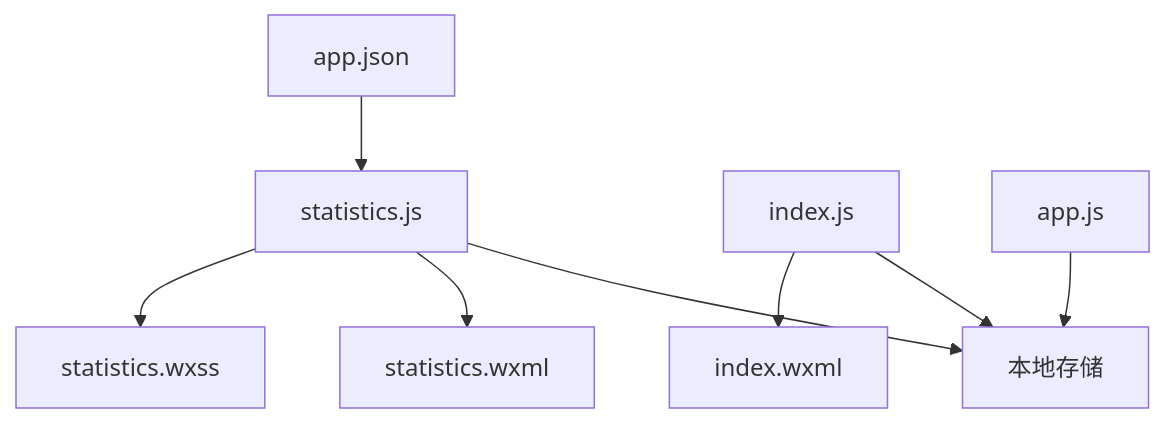
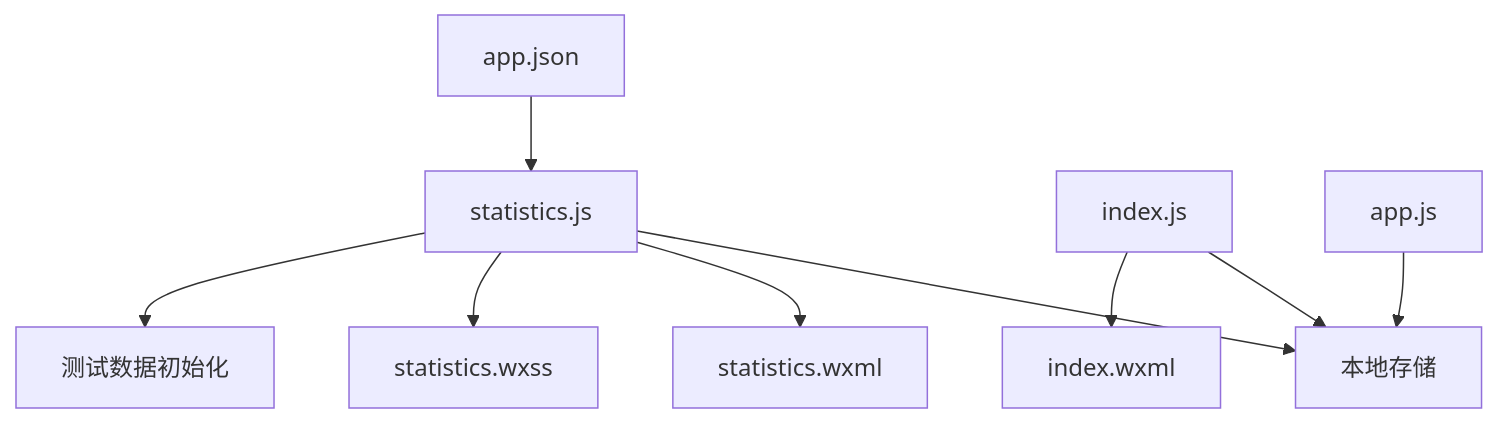
The seventh of 7 diagrams in .qoder/repowiki/zh/content/页面组件详解/统计页面.md (shisfish/miaobill), drawn with Mermaid before and after one commit. The commit also changed other lines of this file and 18 other files, not shown here.

````diff
--- a/.qoder/repowiki/zh/content/页面组件详解/统计页面.md
+++ b/.qoder/repowiki/zh/content/页面组件详解/统计页面.md
@@ -285,10 +380,11 @@
 ```mermaid
 graph TB
 STATJS["statistics.js"] --> LS["本地存储"]
 STATJS --> WXML["statistics.wxml"]
 STATJS --> WXSS["statistics.wxss"]
+STATJS --> TESTDATA["测试数据初始化"]
 INDEXJS["index.js"] --> LS
 INDEXJS --> INDEXWXML["index.wxml"]
 APPJS["app.js"] --> LS
 APPJSON["app.json"] --> STATJS
 ```
````
